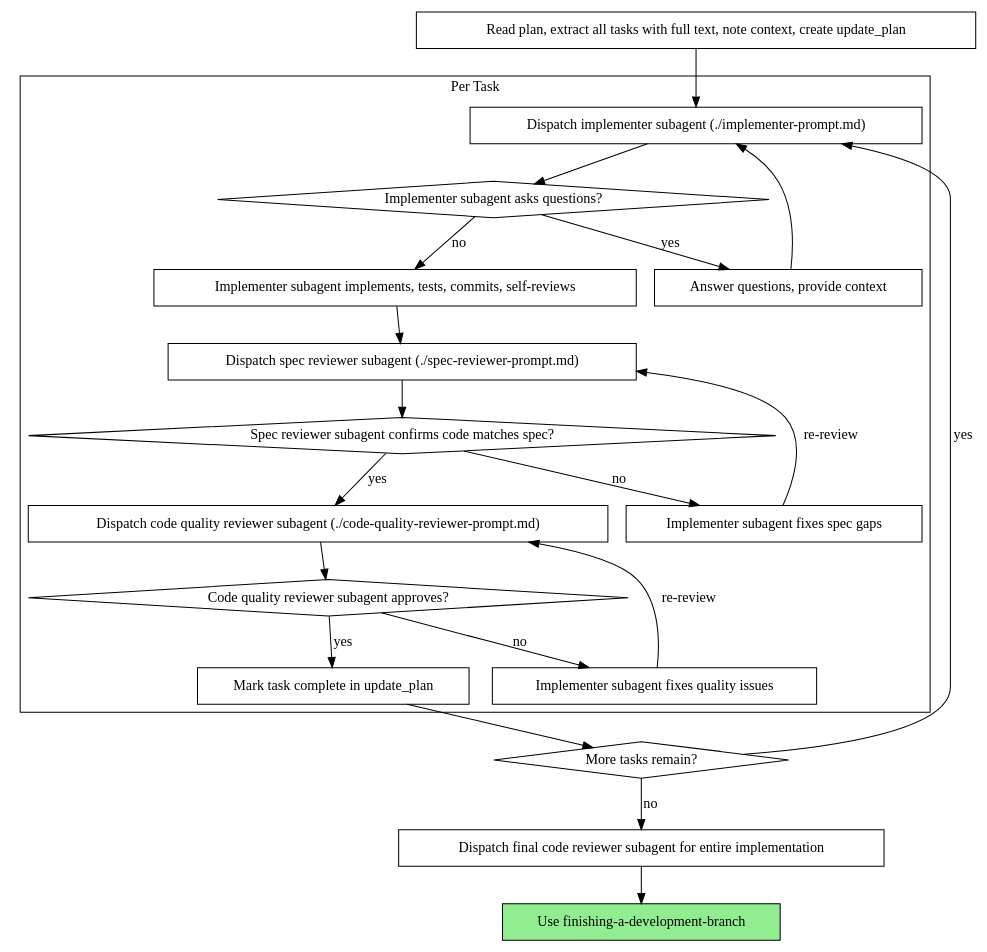
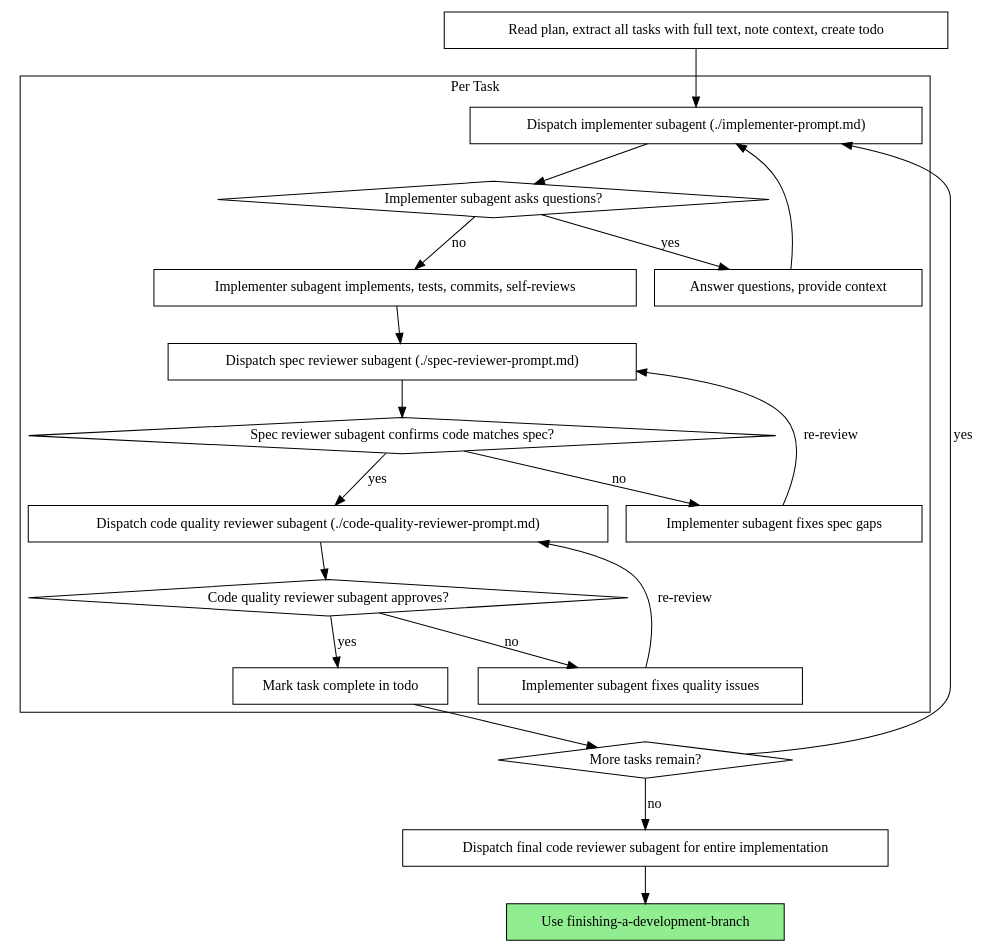
The second of 2 diagrams in skills/subagent-driven-development/SKILL.md (xaionaro/.config-codex), drawn with Graphviz before and after one commit. The commit also changed other lines of this file and 153 other files, not shown here.

````diff
--- a/skills/subagent-driven-development/SKILL.md
+++ b/skills/subagent-driven-development/SKILL.md
@@ -48,44 +48,44 @@
 ```dot
 digraph process {
     rankdir=TB;
 
     subgraph cluster_per_task {
         label="Per Task";
         "Dispatch implementer subagent (./implementer-prompt.md)" [shape=box];
         "Implementer subagent asks questions?" [shape=diamond];
         "Answer questions, provide context" [shape=box];
         "Implementer subagent implements, tests, commits, self-reviews" [shape=box];
         "Dispatch spec reviewer subagent (./spec-reviewer-prompt.md)" [shape=box];
         "Spec reviewer subagent confirms code matches spec?" [shape=diamond];
         "Implementer subagent fixes spec gaps" [shape=box];
         "Dispatch code quality reviewer subagent (./code-quality-reviewer-prompt.md)" [shape=box];
         "Code quality reviewer subagent approves?" [shape=diamond];
         "Implementer subagent fixes quality issues" [shape=box];
-        "Mark task complete in update_plan" [shape=box];
+        "Mark task complete in todo" [shape=box];
     }
 
-    "Read plan, extract all tasks with full text, note context, create update_plan" [shape=box];
+    "Read plan, extract all tasks with full text, note context, create todo" [shape=box];
     "More tasks remain?" [shape=diamond];
     "Dispatch final code reviewer subagent for entire implementation" [shape=box];
     "Use finishing-a-development-branch" [shape=box style=filled fillcolor=lightgreen];
 
-    "Read plan, extract all tasks with full text, note context, create update_plan" -> "Dispatch implementer subagent (./implementer-prompt.md)";
+    "Read plan, extract all tasks with full text, note context, create todo" -> "Dispatch implementer subagent (./implementer-prompt.md)";
     "Dispatch implementer subagent (./implementer-prompt.md)" -> "Implementer subagent asks questions?";
     "Implementer subagent asks questions?" -> "Answer questions, provide context" [label="yes"];
     "Answer questions, provide context" -> "Dispatch implementer subagent (./implementer-prompt.md)";
     "Implementer subagent asks questions?" -> "Implementer subagent implements, tests, commits, self-reviews" [label="no"];
     "Implementer subagent implements, tests, commits, self-reviews" -> "Dispatch spec reviewer subagent (./spec-reviewer-prompt.md)";
     "Dispatch spec reviewer subagent (./spec-reviewer-prompt.md)" -> "Spec reviewer subagent confirms code matches spec?";
     "Spec reviewer subagent confirms code matches spec?" -> "Implementer subagent fixes spec gaps" [label="no"];
     "Implementer subagent fixes spec gaps" -> "Dispatch spec reviewer subagent (./spec-reviewer-prompt.md)" [label="re-review"];
     "Spec reviewer subagent confirms code matches spec?" -> "Dispatch code quality reviewer subagent (./code-quality-reviewer-prompt.md)" [label="yes"];
     "Dispatch code quality reviewer subagent (./code-quality-reviewer-prompt.md)" -> "Code quality reviewer subagent approves?";
     "Code quality reviewer subagent approves?" -> "Implementer subagent fixes quality issues" [label="no"];
     "Implementer subagent fixes quality issues" -> "Dispatch code quality reviewer subagent (./code-quality-reviewer-prompt.md)" [label="re-review"];
-    "Code quality reviewer subagent approves?" -> "Mark task complete in update_plan" [label="yes"];
-    "Mark task complete in update_plan" -> "More tasks remain?";
+    "Code quality reviewer subagent approves?" -> "Mark task complete in todo" [label="yes"];
+    "Mark task complete in todo" -> "More tasks remain?";
     "More tasks remain?" -> "Dispatch implementer subagent (./implementer-prompt.md)" [label="yes"];
     "More tasks remain?" -> "Dispatch final code reviewer subagent for entire implementation" [label="no"];
     "Dispatch final code reviewer subagent for entire implementation" -> "Use finishing-a-development-branch";
 }
 ```
````
